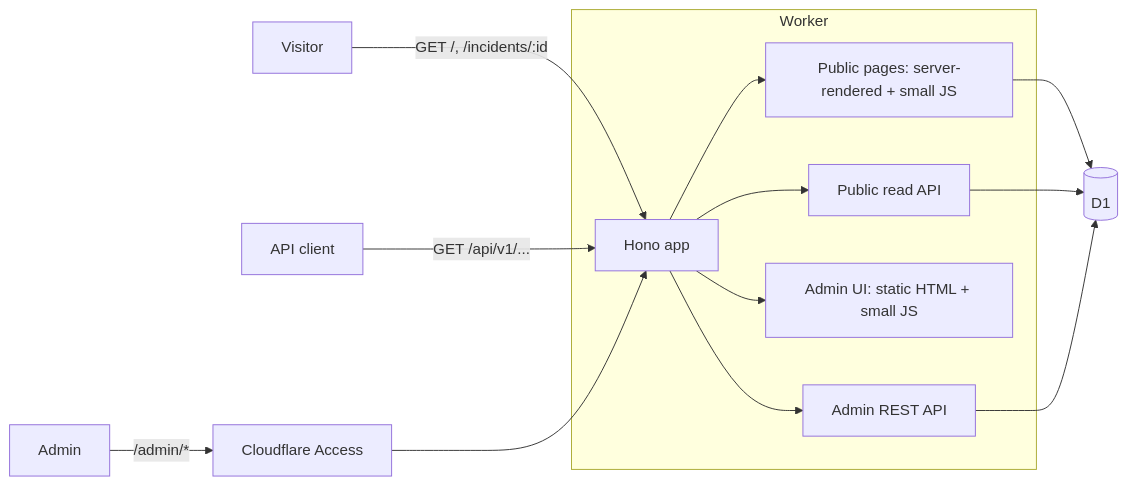
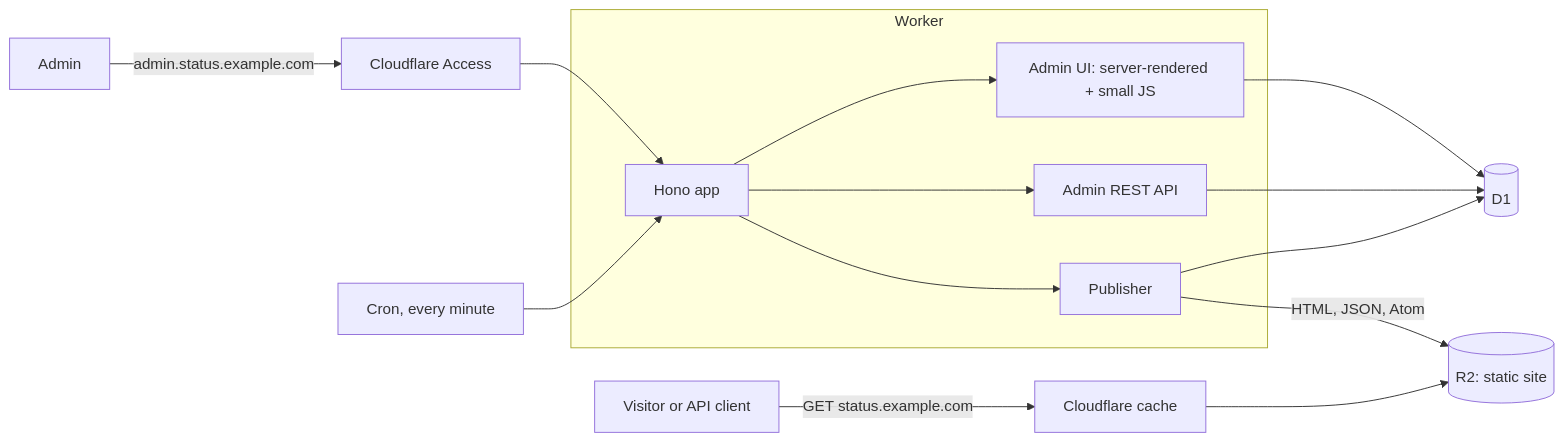
The first of 3 diagrams in docs/plan.md (Pryx/simple-status), drawn with Mermaid before and after one commit. The commit also changed other lines of this file and 47 other files, not shown here.

````diff
--- a/docs/plan.md
+++ b/docs/plan.md
@@ -21,14 +22,15 @@
 ```mermaid
 flowchart LR
-    V[Visitor] -->|GET /, /incidents/:id| W
-    C[API client] -->|GET /api/v1/...| W
-    A[Admin] -->|"/admin/*"| ACC[Cloudflare Access]
+    V[Visitor or API client] -->|"GET status.example.com"| CDN[Cloudflare cache]
+    CDN --> R2[(R2: static site)]
+    A[Admin] -->|admin.status.example.com| ACC[Cloudflare Access]
     ACC --> W
+    CRON[Cron, every minute] --> W
     subgraph Worker
-        W[Hono app] --> PUB[Public pages: server-rendered + small JS]
-        W --> RAPI[Public read API]
-        W --> AUI[Admin UI: static HTML + small JS]
+        W[Hono app] --> AUI[Admin UI: server-rendered + small JS]
         W --> MAPI[Admin REST API]
+        W --> PUB[Publisher]
     end
-    PUB & RAPI & MAPI --> DB[(D1)]
+    MAPI & AUI & PUB --> DB[(D1)]
+    PUB -->|HTML, JSON, Atom| R2
 ```
````
